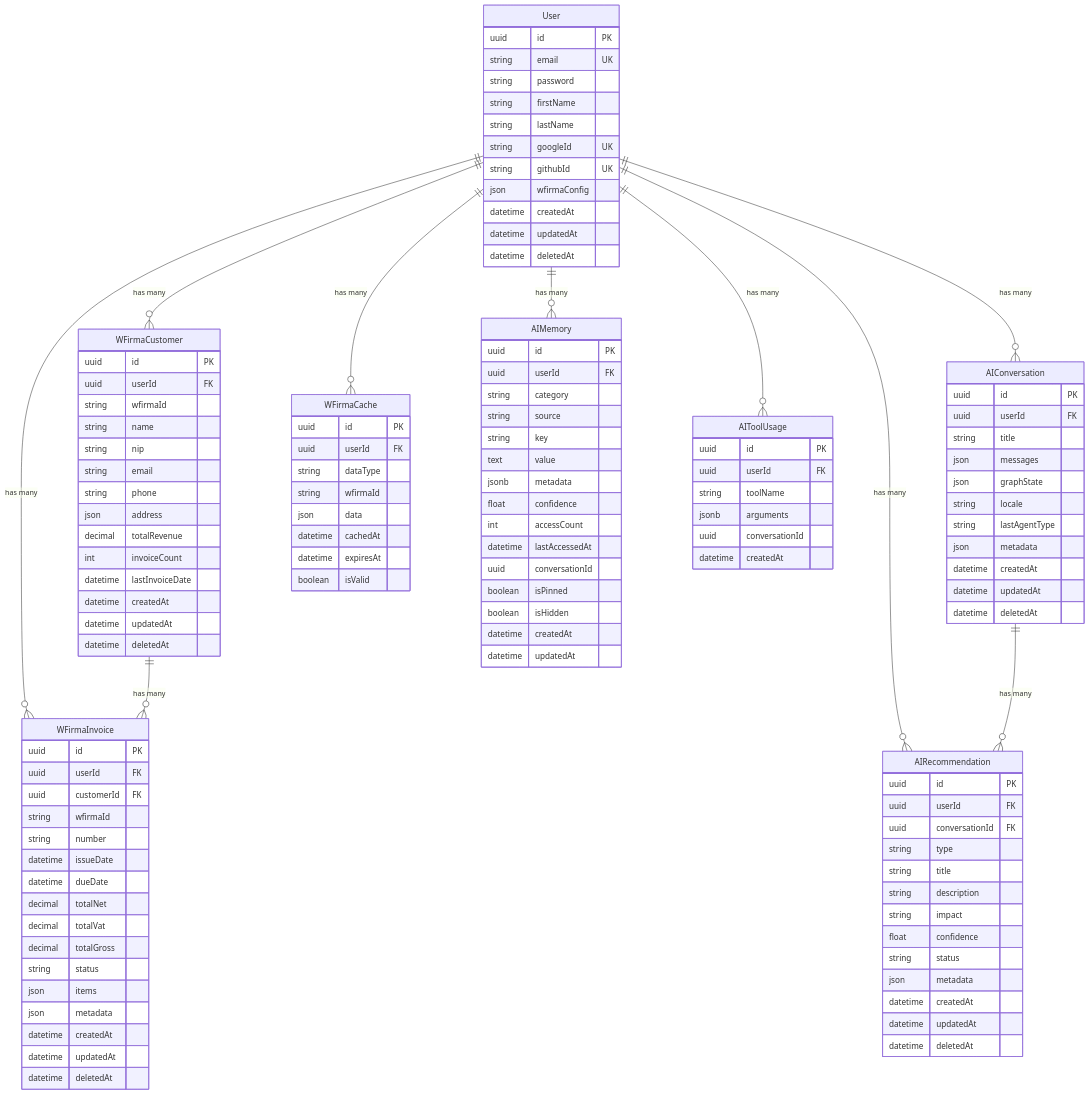
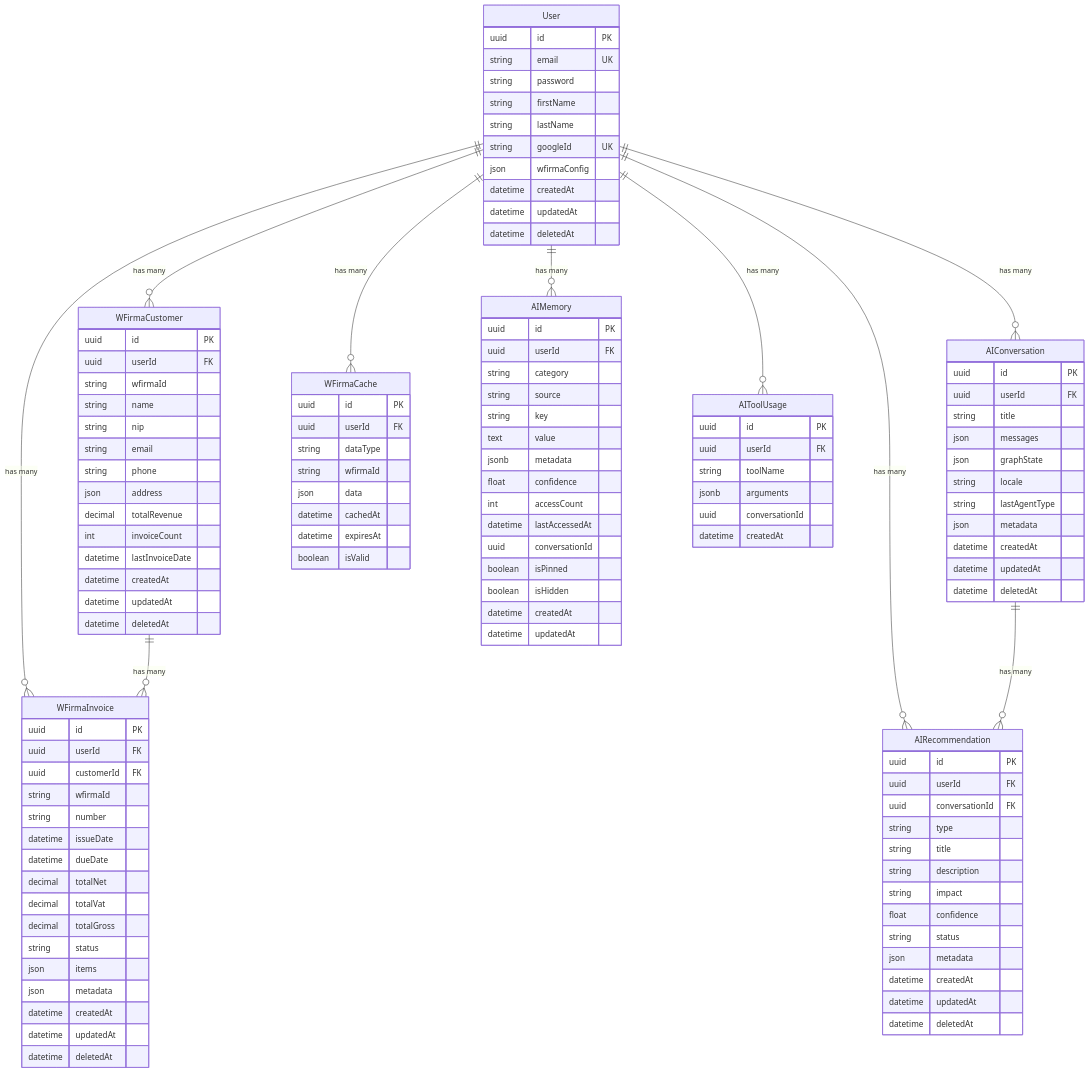
The diagram in docs/DATABASE.md (JealousyM/accounting-ai-agent), drawn with Mermaid before and after one commit. The commit also changed other lines of this file and 24 other files, not shown here.

```diff
--- a/docs/DATABASE.md
+++ b/docs/DATABASE.md
@@ -53,7 +53,6 @@
         string firstName
         string lastName
         string googleId UK
-        string githubId UK
         json wfirmaConfig
         datetime createdAt
         datetime updatedAt
```
